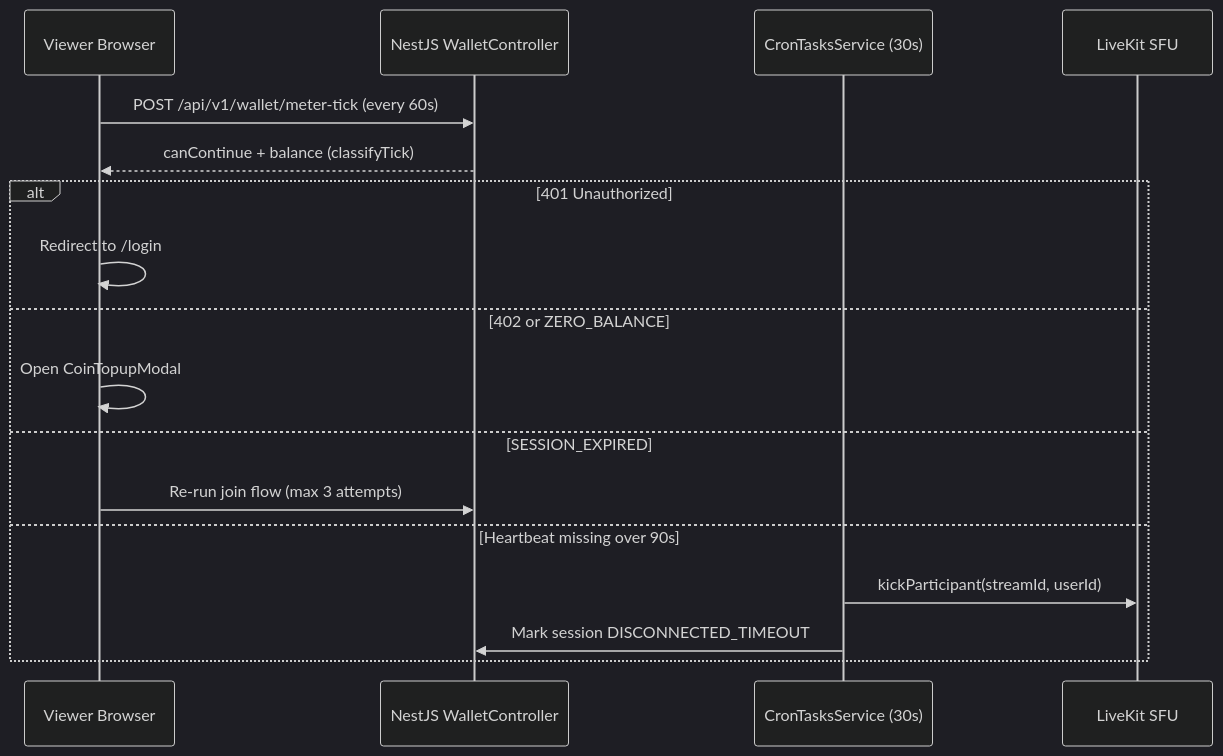
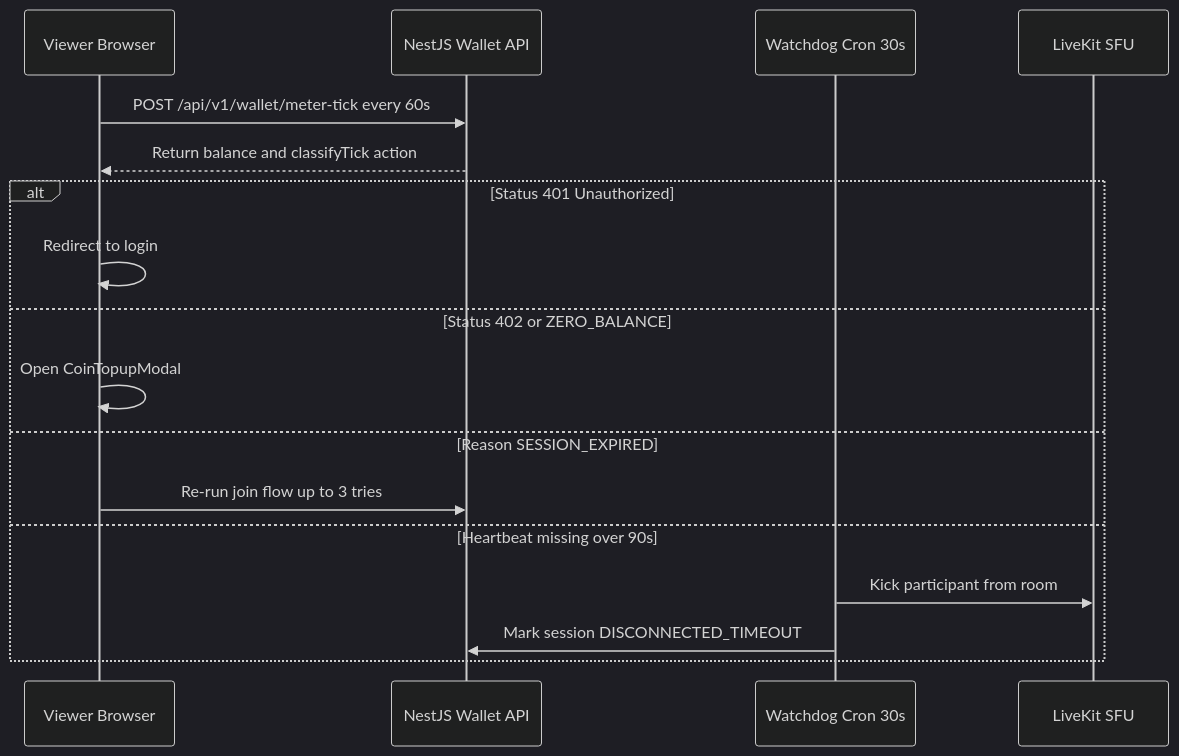
Before and after one commit to AnkitTiwari2005/LIVE-STREAM: the second of 2 diagrams in README.md, drawn with Mermaid (dark theme). The commit also changed other lines of this file, not shown here.

Commit message:
docs: fix Mermaid subgraph scoping and sequence diagram labels for GitHub

````diff
--- a/README.md
+++ b/README.md
@@ -112,20 +109,20 @@
 ```mermaid
 sequenceDiagram
     participant Viewer as Viewer Browser
-    participant API as NestJS WalletController
-    participant Cron as CronTasksService (30s)
+    participant API as NestJS Wallet API
+    participant Cron as Watchdog Cron 30s
     participant SFU as LiveKit SFU
 
-    Viewer->>API: POST /api/v1/wallet/meter-tick (every 60s)
-    API-->>Viewer: canContinue + balance (classifyTick)
-    alt 401 Unauthorized
-        Viewer->>Viewer: Redirect to /login
-    else 402 or ZERO_BALANCE
+    Viewer->>API: POST /api/v1/wallet/meter-tick every 60s
+    API-->>Viewer: Return balance and classifyTick action
+    alt Status 401 Unauthorized
+        Viewer->>Viewer: Redirect to login
+    else Status 402 or ZERO_BALANCE
         Viewer->>Viewer: Open CoinTopupModal
-    else SESSION_EXPIRED
-        Viewer->>API: Re-run join flow (max 3 attempts)
+    else Reason SESSION_EXPIRED
+        Viewer->>API: Re-run join flow up to 3 tries
     else Heartbeat missing over 90s
-        Cron->>SFU: kickParticipant(streamId, userId)
+        Cron->>SFU: Kick participant from room
         Cron->>API: Mark session DISCONNECTED_TIMEOUT
     end
 ```
````
